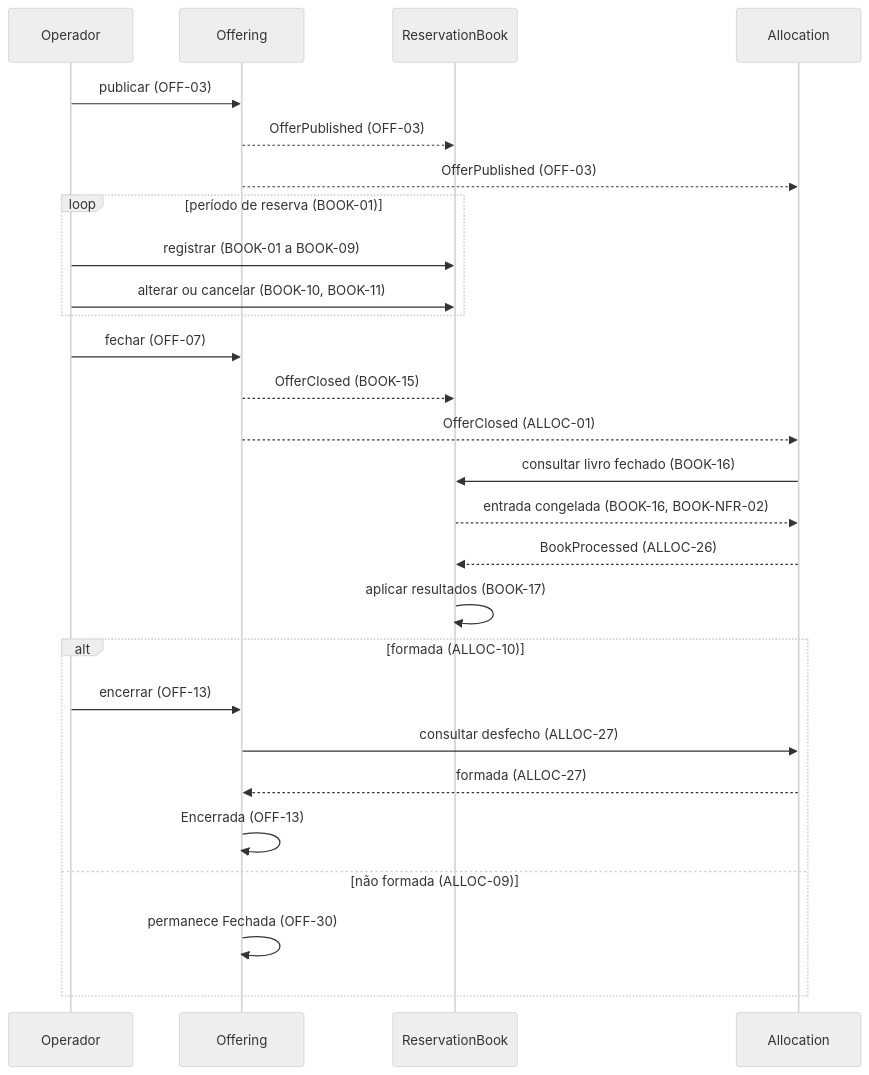
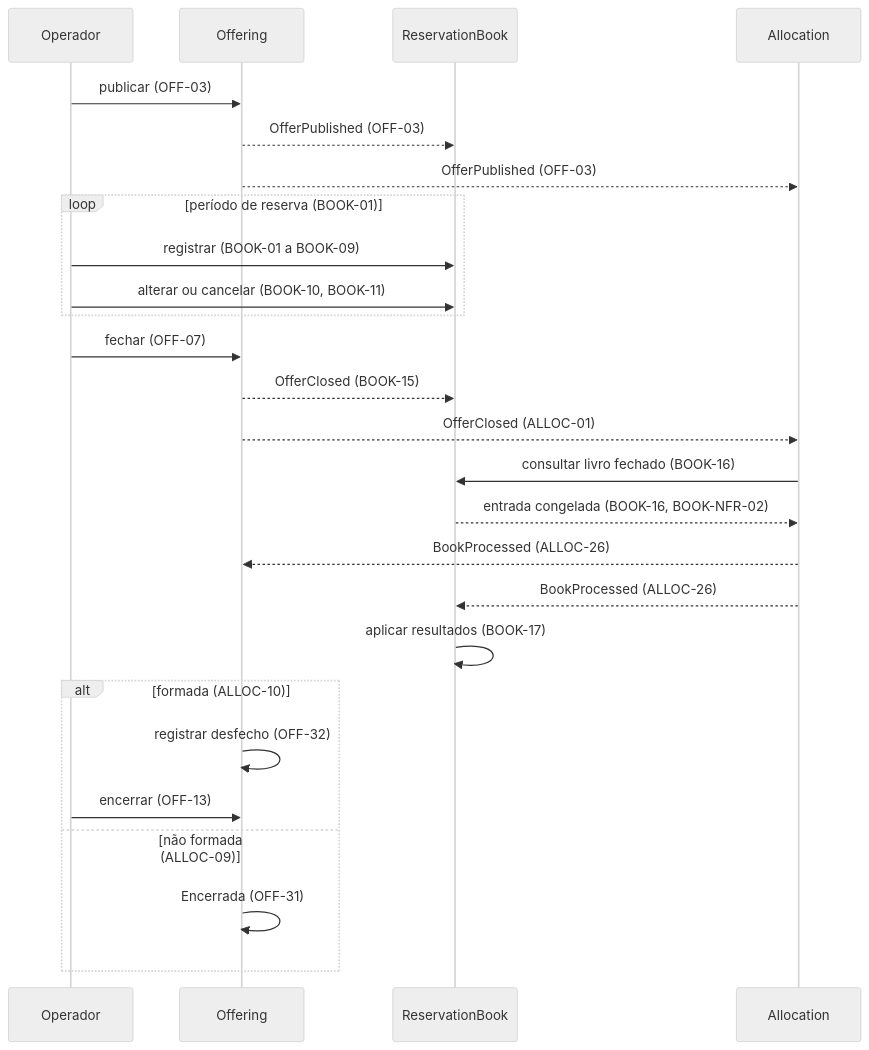
Before and after one commit to guilhermesalvi/fund-distribution-platform: the first of 2 diagrams in docs/prd/0000-platform-overview.md, drawn with Mermaid (neutral theme). The commit also changed other lines of this file and 2 other files, not shown here.

Commit message:
docs: consume book outcome in offering lifecycle

````diff
--- a/docs/prd/0000-platform-overview.md
+++ b/docs/prd/0000-platform-overview.md
@@ -41,29 +41,28 @@
 ```mermaid
 sequenceDiagram
     participant Operador
     participant Offering
     participant ReservationBook
     participant Allocation
     Operador->>Offering: publicar (OFF-03)
     Offering-->>ReservationBook: OfferPublished (OFF-03)
     Offering-->>Allocation: OfferPublished (OFF-03)
     loop período de reserva (BOOK-01)
         Operador->>ReservationBook: registrar (BOOK-01 a BOOK-09)
         Operador->>ReservationBook: alterar ou cancelar (BOOK-10, BOOK-11)
     end
     Operador->>Offering: fechar (OFF-07)
     Offering-->>ReservationBook: OfferClosed (BOOK-15)
     Offering-->>Allocation: OfferClosed (ALLOC-01)
     Allocation->>ReservationBook: consultar livro fechado (BOOK-16)
     ReservationBook-->>Allocation: entrada congelada (BOOK-16, BOOK-NFR-02)
+    Allocation-->>Offering: BookProcessed (ALLOC-26)
     Allocation-->>ReservationBook: BookProcessed (ALLOC-26)
     ReservationBook->>ReservationBook: aplicar resultados (BOOK-17)
     alt formada (ALLOC-10)
+        Offering->>Offering: registrar desfecho (OFF-32)
         Operador->>Offering: encerrar (OFF-13)
-        Offering->>Allocation: consultar desfecho (ALLOC-27)
-        Allocation-->>Offering: formada (ALLOC-27)
-        Offering->>Offering: Encerrada (OFF-13)
     else não formada (ALLOC-09)
-        Offering->>Offering: permanece Fechada (OFF-30)
+        Offering->>Offering: Encerrada (OFF-31)
     end
 ```
````
